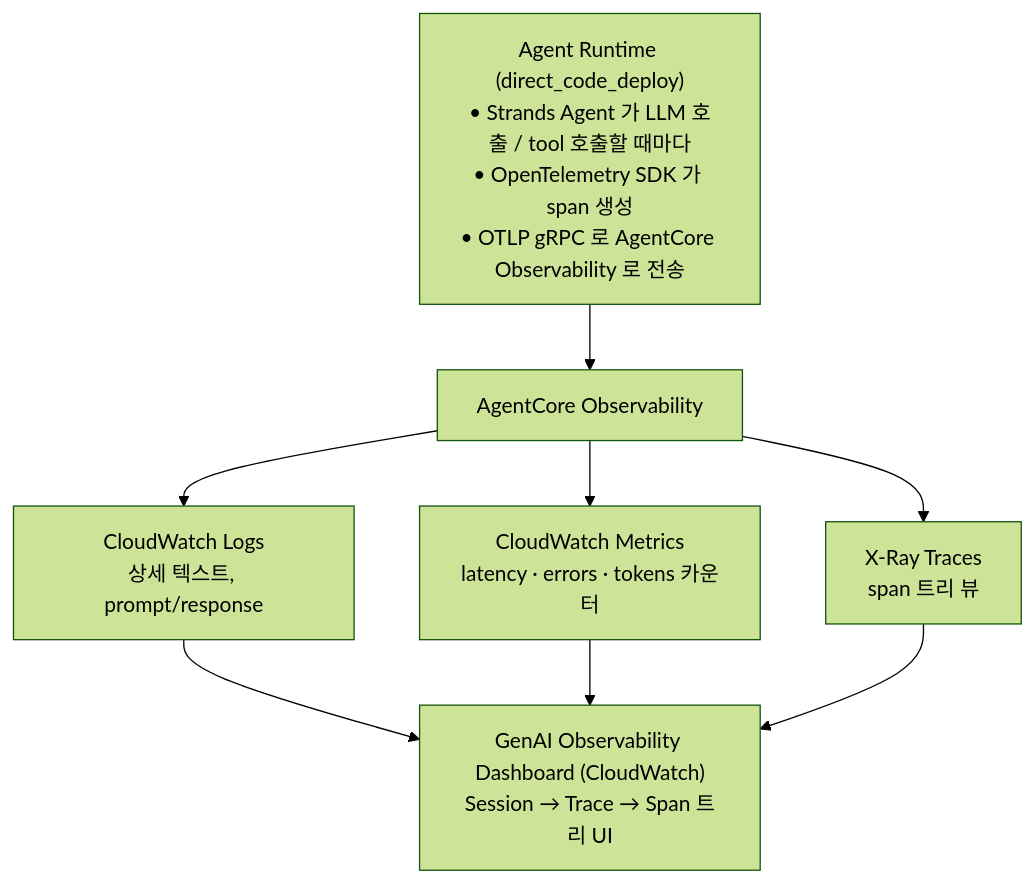
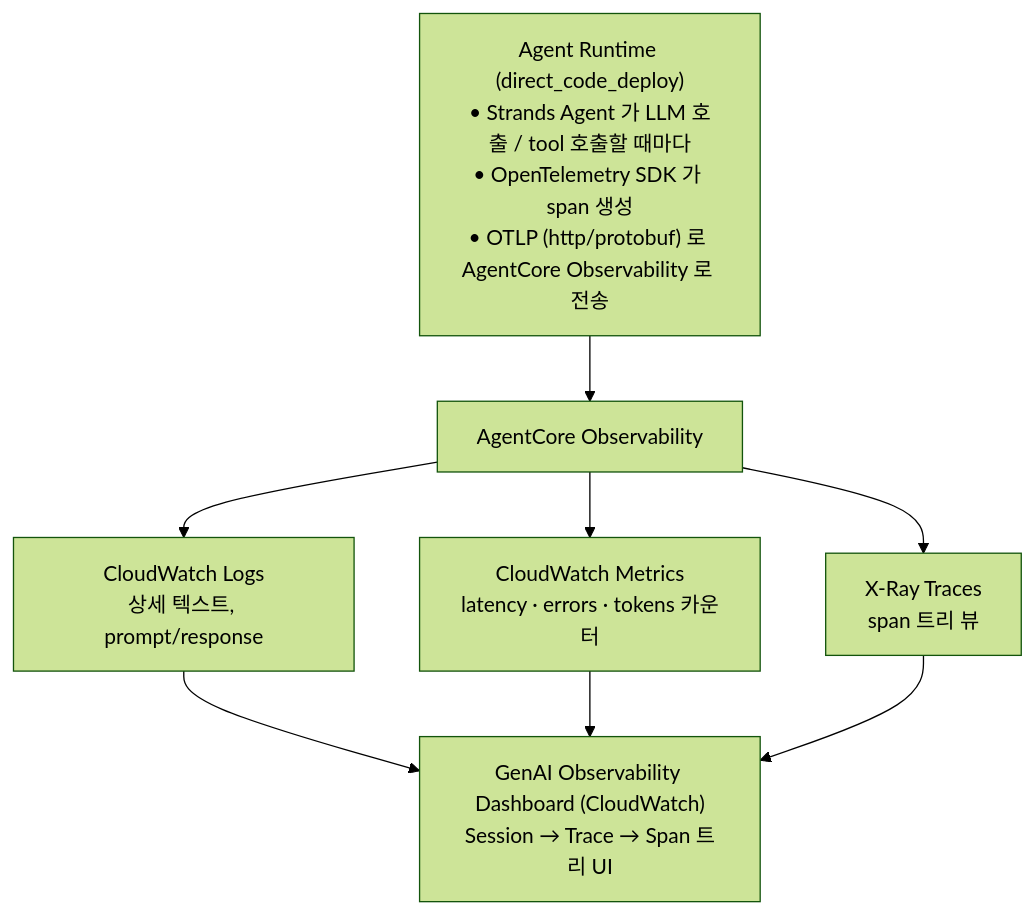
One commit to Hannah-ireum/thewhoo-agentcore-workshop changed the diagram in docs/07-lab6-운영-상태-들여다보기.md. Above: the diagram before and after it, drawn with Mermaid (forest theme). The commit also changed other lines of this file and 15 other files, not shown here.

````diff
--- a/docs/07-lab6-운영-상태-들여다보기.md
+++ b/docs/07-lab6-운영-상태-들여다보기.md
@@ -18,16 +18,16 @@
 ```mermaid
 flowchart TD
-    RT["Agent Runtime (direct_code_deploy)<br/>• Strands Agent 가 LLM 호출 / tool 호출할 때마다<br/>• OpenTelemetry SDK 가 span 생성<br/>• OTLP gRPC 로 AgentCore Observability 로 전송"]
+    RT["Agent Runtime (direct_code_deploy)<br/>• Strands Agent 가 LLM 호출 / tool 호출할 때마다<br/>• OpenTelemetry SDK 가 span 생성<br/>• OTLP (http/protobuf) 로 AgentCore Observability 로 전송"]
     OBS["AgentCore Observability"]
     LOGS["CloudWatch Logs<br/>상세 텍스트, prompt/response"]
     MET["CloudWatch Metrics<br/>latency · errors · tokens 카운터"]
     XR["X-Ray Traces<br/>span 트리 뷰"]
     DASH["GenAI Observability Dashboard (CloudWatch)<br/>Session → Trace → Span 트리 UI"]
     RT --> OBS
     OBS --> LOGS
     OBS --> MET
     OBS --> XR
     LOGS --> DASH
     MET --> DASH
     XR --> DASH
 ```
````
